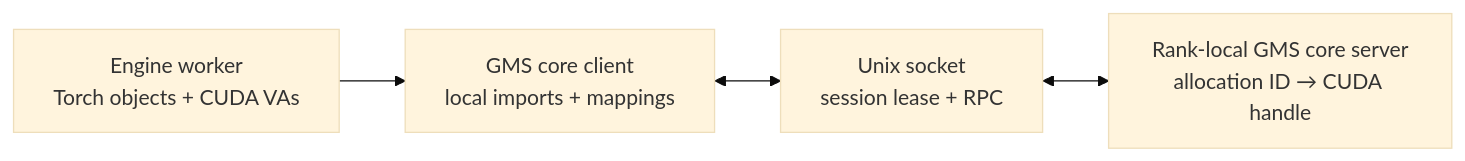
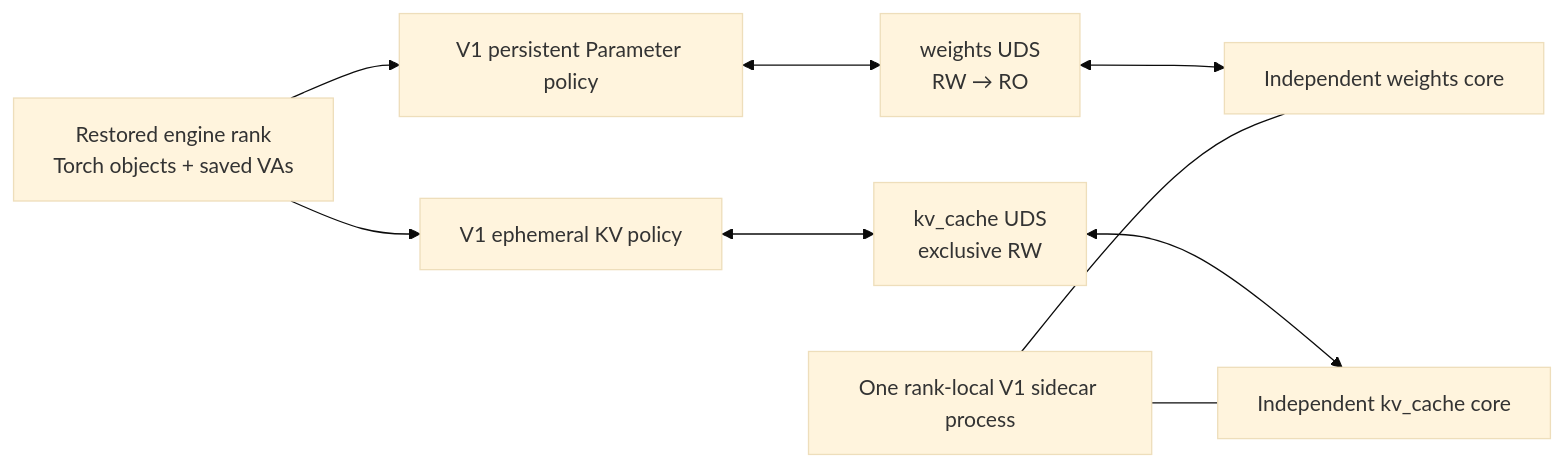
Before and after one commit to ai-dynamo/dynamo: the first of 3 diagrams in lib/gpu_memory_service/v1/README.md, drawn with Mermaid (base theme). The commit also changed other lines of this file and 8 other files, not shown here.

Commit message:
feat(gms): add v1 ephemeral KV domain

````diff
--- a/lib/gpu_memory_service/v1/README.md
+++ b/lib/gpu_memory_service/v1/README.md
@@ -16,11 +31,20 @@
 ```mermaid
 flowchart LR
-    Worker["Engine worker<br/>Torch objects + CUDA VAs"]
-    CoreClient["GMS core client<br/>local imports + mappings"]
-    Socket["Unix socket<br/>session lease + RPC"]
-    CoreServer["Rank-local GMS core server<br/>allocation ID → CUDA handle"]
+    Worker["Restored engine rank<br/>Torch objects + saved VAs"]
+    Weights["V1 persistent Parameter policy"]
+    KV["V1 ephemeral KV policy"]
+    WeightsSocket["weights UDS<br/>RW → RO"]
+    KVSocket["kv_cache UDS<br/>exclusive RW"]
+    Sidecar["One rank-local V1 sidecar process"]
+    WeightsCore["Independent weights core"]
+    KVCore["Independent kv_cache core"]
 
-    Worker --> CoreClient
-    CoreClient <--> Socket
-    Socket <--> CoreServer
+    Worker --> Weights
+    Worker --> KV
+    Weights <--> WeightsSocket
+    KV <--> KVSocket
+    WeightsSocket <--> WeightsCore
+    KVSocket <--> KVCore
+    Sidecar --- WeightsCore
+    Sidecar --- KVCore
 ```
````
